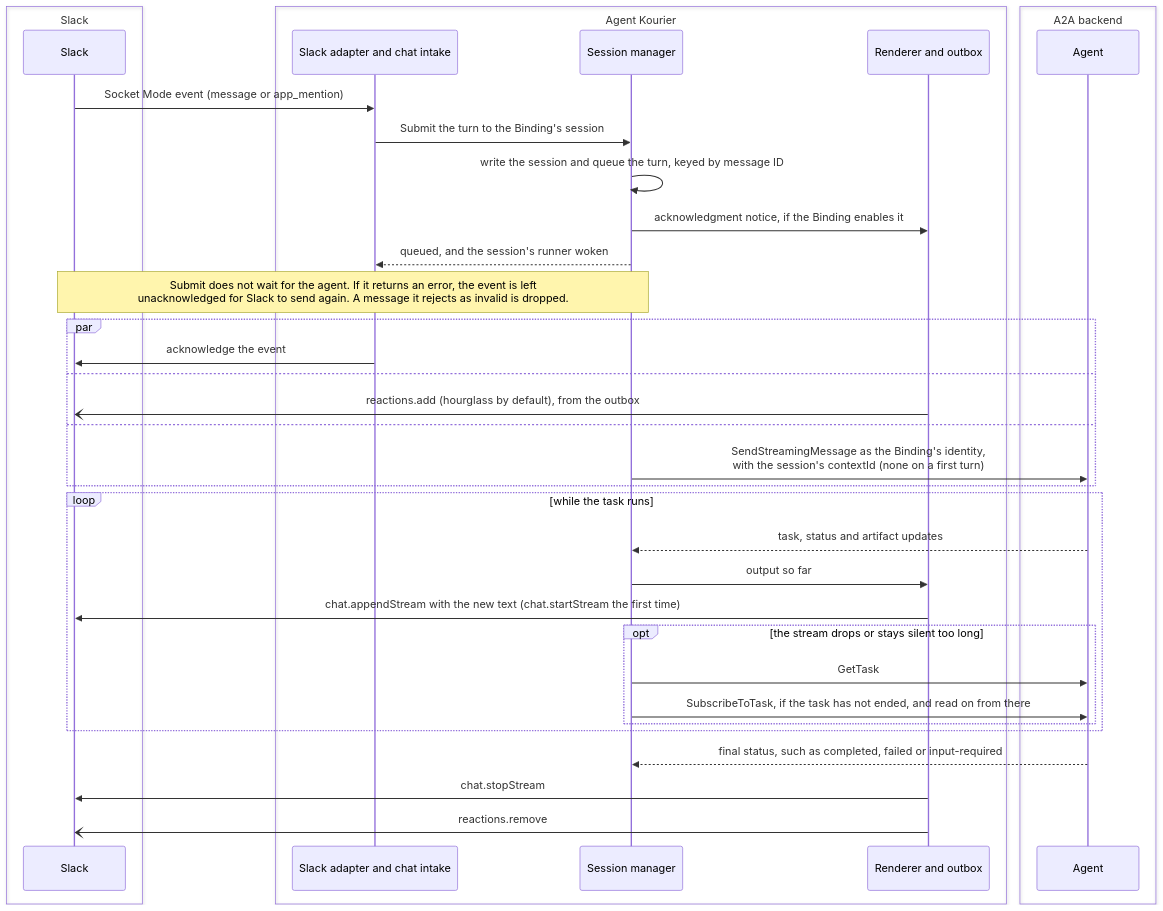
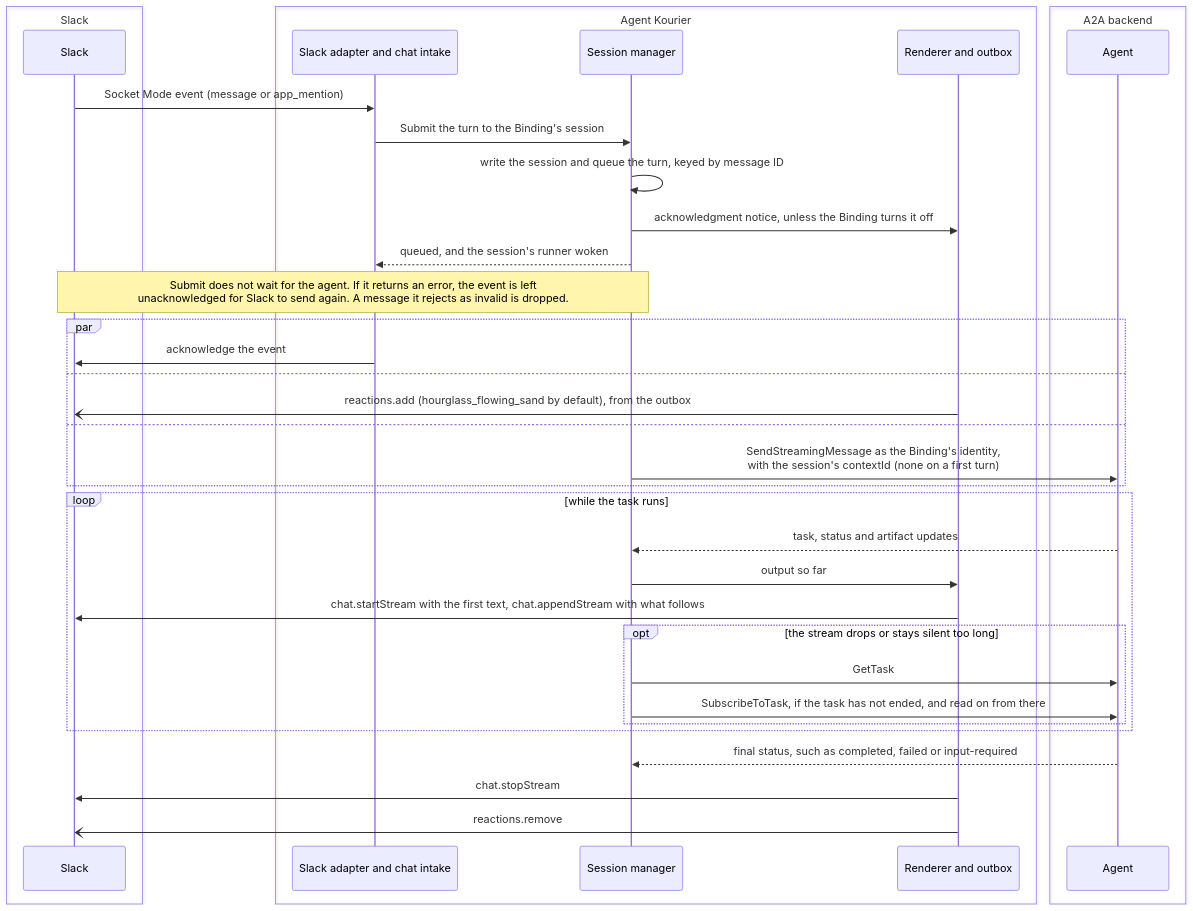
Before and after one commit to agentkourier/agent-kourier: the fourth of 5 diagrams in docs/explanation/architecture.md, drawn with Mermaid. The commit also changed other lines of this file, not shown here.

Commit message:
docs(architecture): fix the second review round's findings
- Take the controls off the question before the agent call: Answer only
  queues the answer for the runner, and the prompt is replaced at once.
- A parked session reads the paused task for every reply, so drop the
  clause that said a matched reply skips the read.
- The acknowledgment is on unless the Binding turns it off, and its
  default emoji is hourglass_flowing_sand.
- chat.startStream carries the first text; chat.appendStream follows.

````diff
--- a/docs/explanation/architecture.md
+++ b/docs/explanation/architecture.md
@@ -127,39 +127,39 @@
 ```mermaid
 sequenceDiagram
     box Slack
         participant S as Slack
     end
     box Agent Kourier
         participant A as Slack adapter and chat intake
         participant M as Session manager
         participant R as Renderer and outbox
     end
     box A2A backend
         participant G as Agent
     end
     S->>A: Socket Mode event (message or app_mention)
     A->>M: Submit the turn to the Binding's session
     M->>M: write the session and queue the turn, keyed by message ID
-    M->>R: acknowledgment notice, if the Binding enables it
+    M->>R: acknowledgment notice, unless the Binding turns it off
     M-->>A: queued, and the session's runner woken
     Note over S,M: Submit does not wait for the agent. If it returns an error, the event is left<br/>unacknowledged for Slack to send again. A message it rejects as invalid is dropped.
     par
         A->>S: acknowledge the event
     and
-        R-)S: reactions.add (hourglass by default), from the outbox
+        R-)S: reactions.add (hourglass_flowing_sand by default), from the outbox
     and
         M->>G: SendStreamingMessage as the Binding's identity,<br/>with the session's contextId (none on a first turn)
     end
     loop while the task runs
         G-->>M: task, status and artifact updates
         M->>R: output so far
-        R->>S: chat.appendStream with the new text (chat.startStream the first time)
+        R->>S: chat.startStream with the first text, chat.appendStream with what follows
         opt the stream drops or stays silent too long
             M->>G: GetTask
             M->>G: SubscribeToTask, if the task has not ended, and read on from there
         end
     end
     G-->>M: final status, such as completed, failed or input-required
     R->>S: chat.stopStream
     R-)S: reactions.remove
 ```
````
